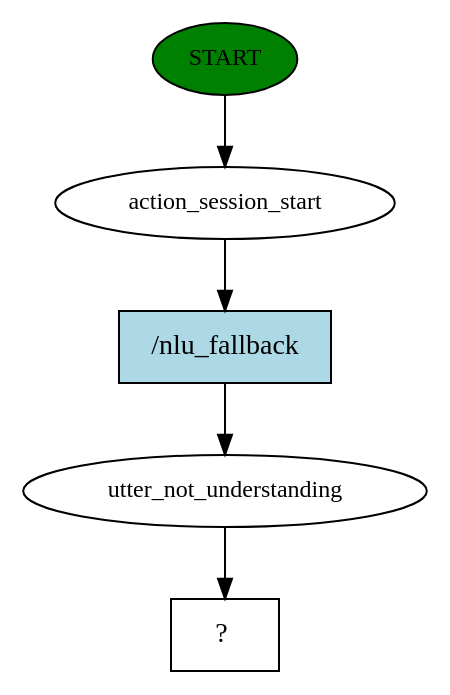
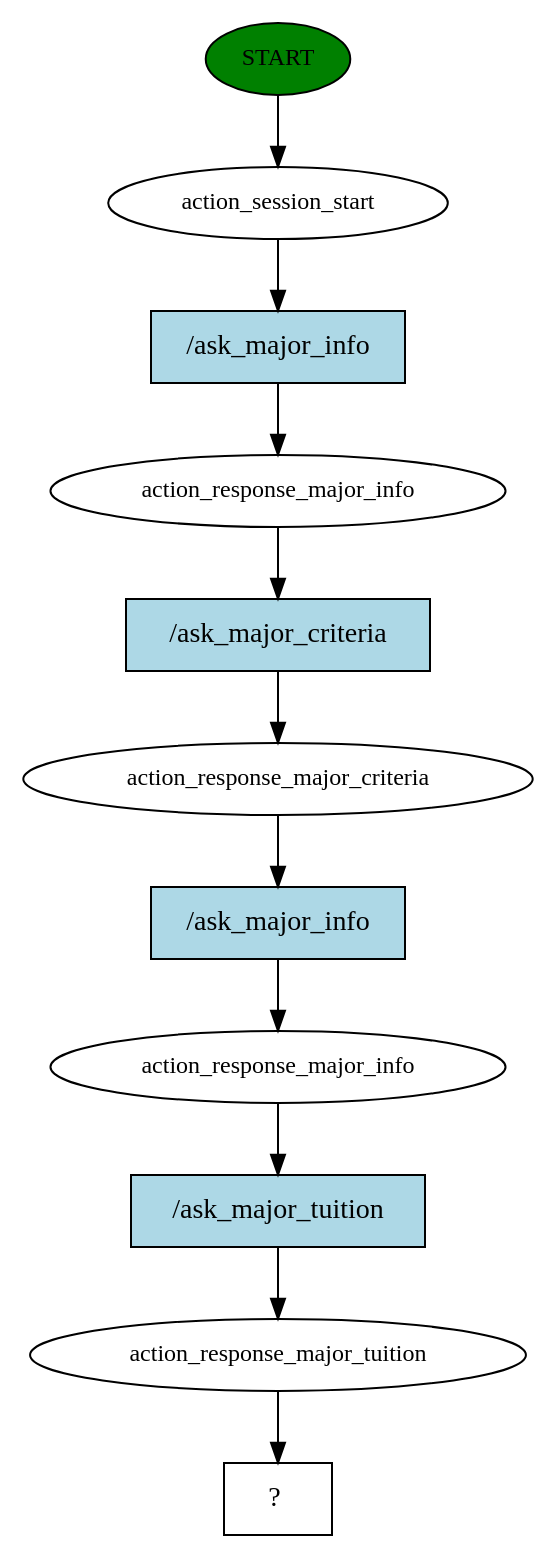
Before and after one commit to Jester6136/Edubot: the diagram in story_graph.dot, drawn with Graphviz. The commit also changed 2 other files, not shown here.

```diff
--- a/story_graph.dot
+++ b/story_graph.dot
@@ -1,11 +1,23 @@
 digraph  {
 0 [class="start active", fillcolor=green, fontsize=12, label=START, style=filled];
 1 [class=active, fontsize=12, label=action_session_start];
-2 [class=active, fontsize=12, label=utter_not_understanding];
-3 [class="intent dashed active", label="  ?  ", shape=rect];
-4 [class="intent active", fillcolor=lightblue, label="/nlu_fallback", shape=rect, style=filled];
+2 [class=active, fontsize=12, label=action_response_major_info];
+3 [class=active, fontsize=12, label=action_response_major_criteria];
+4 [class=active, fontsize=12, label=action_response_major_info];
+5 [class=active, fontsize=12, label=action_response_major_tuition];
+6 [class="intent dashed active", label="  ?  ", shape=rect];
+7 [class="intent active", fillcolor=lightblue, label="/ask_major_info", shape=rect, style=filled];
+8 [class="intent active", fillcolor=lightblue, label="/ask_major_criteria", shape=rect, style=filled];
+9 [class="intent active", fillcolor=lightblue, label="/ask_major_info", shape=rect, style=filled];
+10 [class="intent active", fillcolor=lightblue, label="/ask_major_tuition", shape=rect, style=filled];
 0 -> 1  [class=active, key=NONE, label=""];
-1 -> 4  [class=active, key=0];
-2 -> 3  [class=active, key=NONE, label=""];
-4 -> 2  [class=active, key=0];
+1 -> 7  [class=active, key=0];
+2 -> 8  [class=active, key=0];
+3 -> 9  [class=active, key=0];
+4 -> 10  [class=active, key=0];
+5 -> 6  [class=active, key=NONE, label=""];
+7 -> 2  [class=active, key=0];
+8 -> 3  [class=active, key=0];
+9 -> 4  [class=active, key=0];
+10 -> 5  [class=active, key=0];
 }
```
